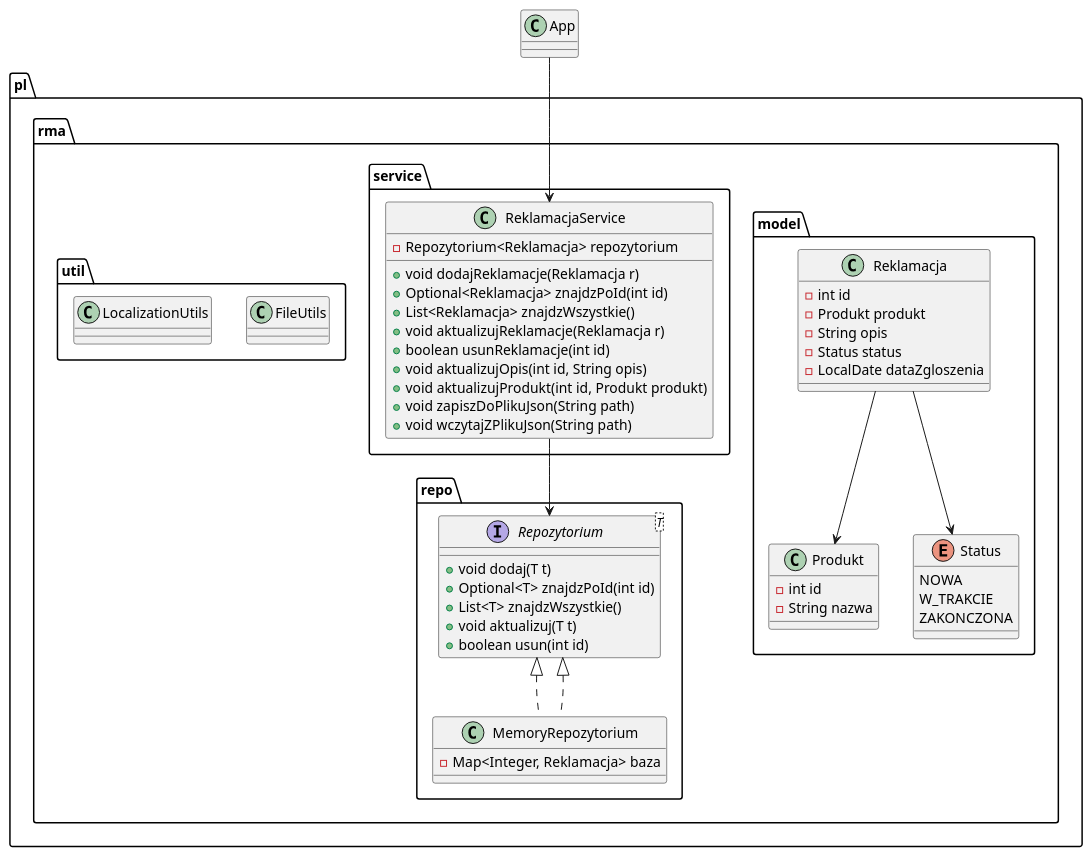
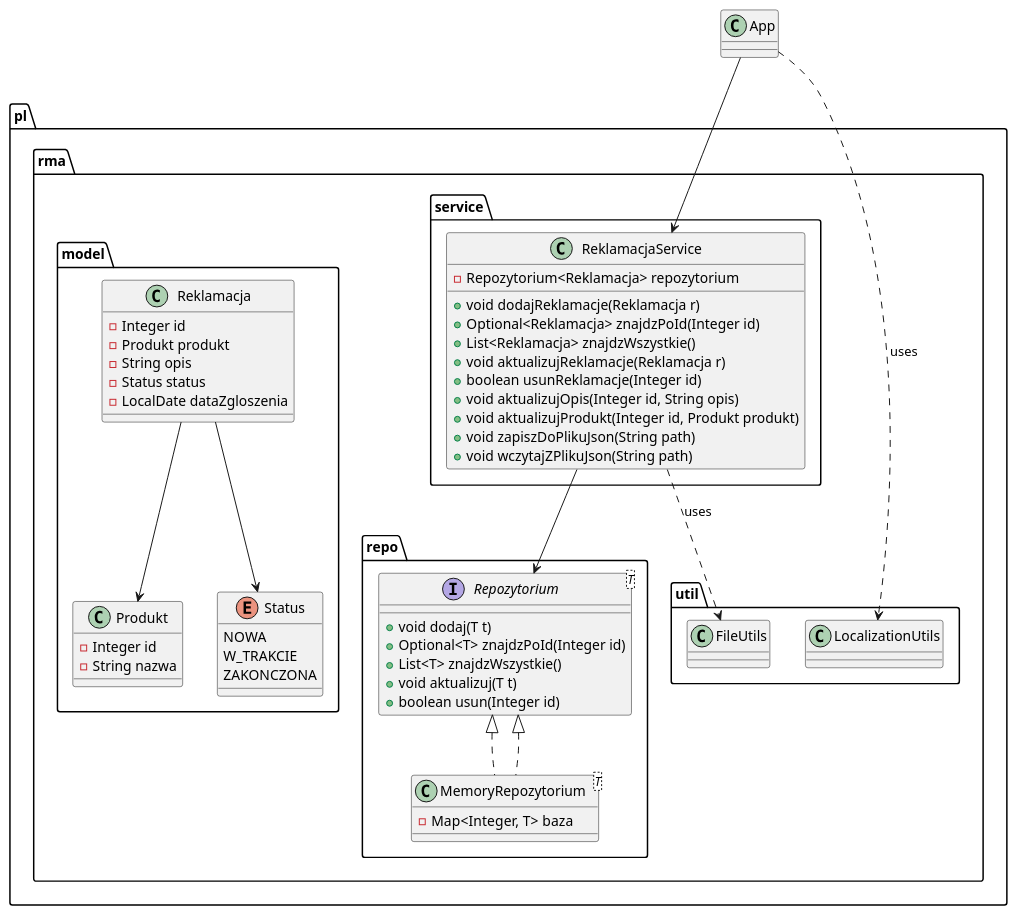
One commit to GilgameszOwsianka/rma-system changed the diagram in docs/uml/class-diagram.puml. Above: the diagram before and after it, drawn with PlantUML. The commit also changed 3 other files, not shown here.

```diff
--- a/docs/uml/class-diagram.puml
+++ b/docs/uml/class-diagram.puml
@@ -1,64 +1,66 @@
 @startuml
 package pl.rma.model {
   class Produkt {
-    - int id
+    - Integer id
     - String nazwa
   }
 
   class Reklamacja {
-    - int id
+    - Integer id
     - Produkt produkt
     - String opis
     - Status status
     - LocalDate dataZgloszenia
   }
 
   enum Status {
     NOWA
     W_TRAKCIE
     ZAKONCZONA
   }
 }
 
 package pl.rma.repo {
   interface Repozytorium<T> {
     + void dodaj(T t)
-    + Optional<T> znajdzPoId(int id)
+    + Optional<T> znajdzPoId(Integer id)
     + List<T> znajdzWszystkie()
     + void aktualizuj(T t)
-    + boolean usun(int id)
+    + boolean usun(Integer id)
   }
 
-  class MemoryRepozytorium implements Repozytorium<Reklamacja> {
-    - Map<Integer, Reklamacja> baza
+  class MemoryRepozytorium<T> implements Repozytorium<T> {
+    - Map<Integer, T> baza
   }
 }
 
 package pl.rma.service {
   class ReklamacjaService {
     - Repozytorium<Reklamacja> repozytorium
     + void dodajReklamacje(Reklamacja r)
-    + Optional<Reklamacja> znajdzPoId(int id)
+    + Optional<Reklamacja> znajdzPoId(Integer id)
     + List<Reklamacja> znajdzWszystkie()
     + void aktualizujReklamacje(Reklamacja r)
-    + boolean usunReklamacje(int id)
-    + void aktualizujOpis(int id, String opis)
-    + void aktualizujProdukt(int id, Produkt produkt)
+    + boolean usunReklamacje(Integer id)
+    + void aktualizujOpis(Integer id, String opis)
+    + void aktualizujProdukt(Integer id, Produkt produkt)
     + void zapiszDoPlikuJson(String path)
     + void wczytajZPlikuJson(String path)
   }
 }
 
 package pl.rma.util {
   class FileUtils
   class LocalizationUtils
 }
 
 class App
 
 App --> ReklamacjaService
+App ..> LocalizationUtils : uses
 ReklamacjaService --> Repozytorium
+ReklamacjaService ..> FileUtils : uses
 Repozytorium <|.. MemoryRepozytorium
 Reklamacja --> Produkt
 Reklamacja --> Status
 @enduml
```
